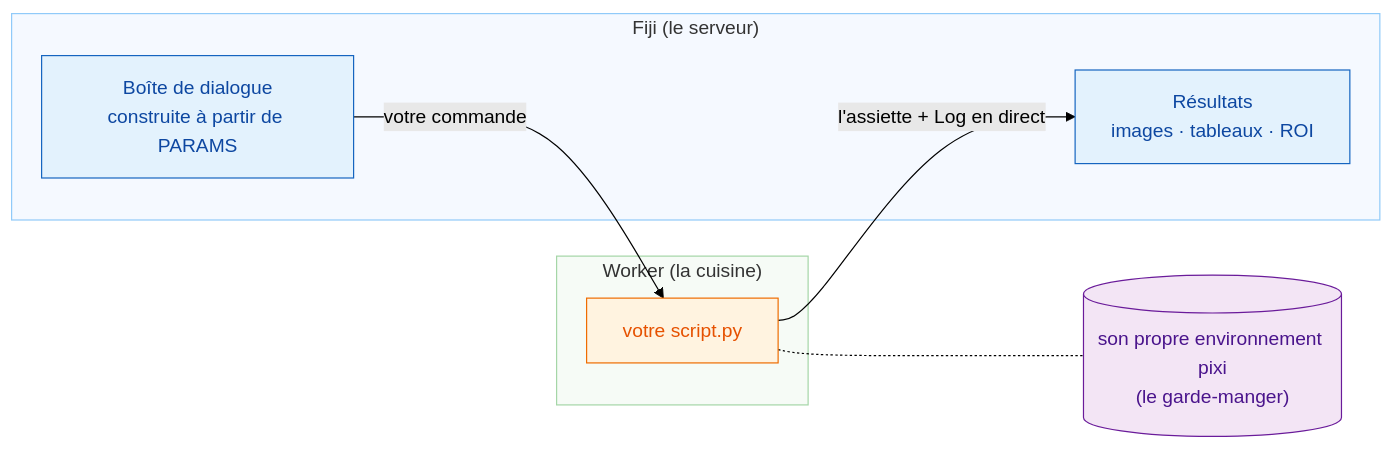
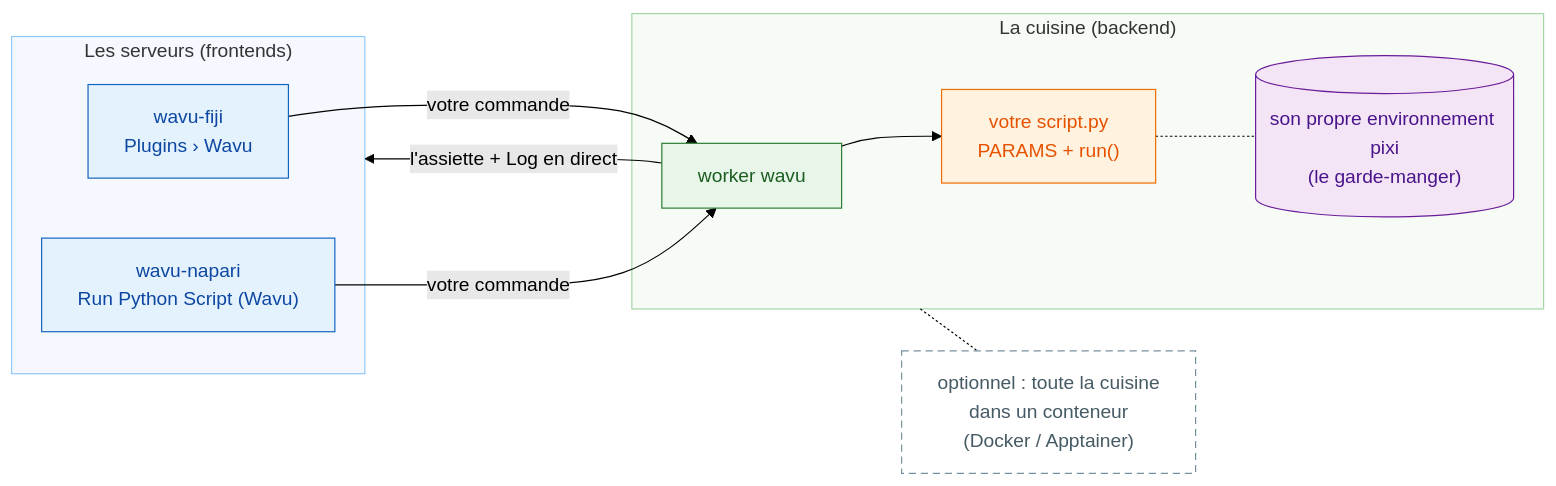
Before and after one commit to Oxford-Zeiss-Centre-of-Excellence/Wavu: the diagram in guide/index.fr.md, drawn with Mermaid (forest theme). The commit also changed other lines of this file and 218 other files, not shown here.

First line of the commit message:
feat: Wavu core + two frontends (wavu-fiji, wavu-napari); remote/container connect; reworked guide

````diff
--- a/guide/index.fr.md
+++ b/guide/index.fr.md
@@ -20,22 +22,28 @@
 ```mermaid
 flowchart LR
-    subgraph FIJI["Fiji (le serveur)"]
-        D["Boîte de dialogue<br/>construite à partir de PARAMS"]:::fiji
-        R["Résultats<br/>images · tableaux · ROI"]:::fiji
+    subgraph FE["Les serveurs (frontends)"]
+        F["wavu-fiji<br/>Plugins › Wavu"]:::fiji
+        N["wavu-napari<br/>Run Python Script (Wavu)"]:::fiji
     end
-    subgraph PY["Worker (la cuisine)"]
-        S["votre script.py"]:::script
+    subgraph BE["La cuisine (backend)"]
+        W["worker wavu"]:::worker
+        S["votre script.py<br/>PARAMS + run()"]:::script
+        E[("son propre environnement pixi<br/>(le garde-manger)")]:::env
     end
-    E[("son propre environnement pixi<br/>(le garde-manger)")]:::env
+    C["optionnel : toute la cuisine<br/>dans un conteneur<br/>(Docker / Apptainer)"]:::box
+    BE -.- C
 
-    D -- "votre commande" --> S
+    F -- "votre commande" --> W
+    N -- "votre commande" --> W
+    W --> S
     S -.- E
-    S -- "l'assiette + Log en direct" --> R
+    W -- "l'assiette + Log en direct" --> FE
 
     classDef fiji   fill:#e3f2fd,stroke:#1565c0,color:#0d47a1
     classDef worker fill:#e8f5e9,stroke:#2e7d32,color:#1b5e20
     classDef script fill:#fff3e0,stroke:#ef6c00,color:#e65100
     classDef env    fill:#f3e5f5,stroke:#6a1b9a,color:#4a148c
-    style FIJI fill:#f5f9ff,stroke:#90caf9
-    style PY   fill:#f6fbf6,stroke:#a5d6a7
+    style FE fill:#f5f9ff,stroke:#90caf9
+    style BE fill:#f6fbf6,stroke:#a5d6a7
+    classDef box    fill:#ffffff,stroke:#78909c,stroke-dasharray: 6 4,color:#455a64
 ```
````
